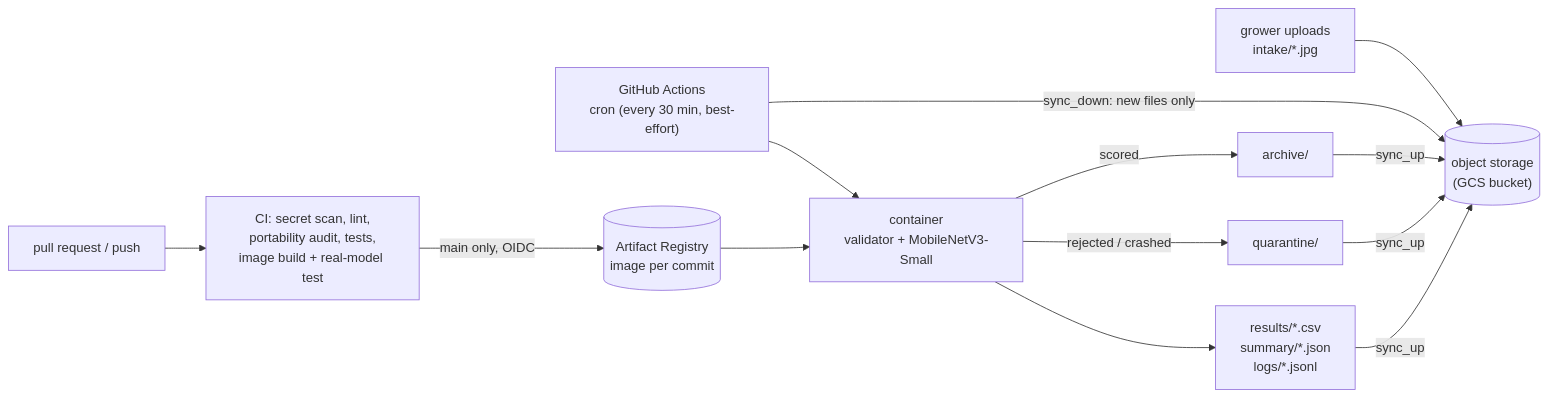
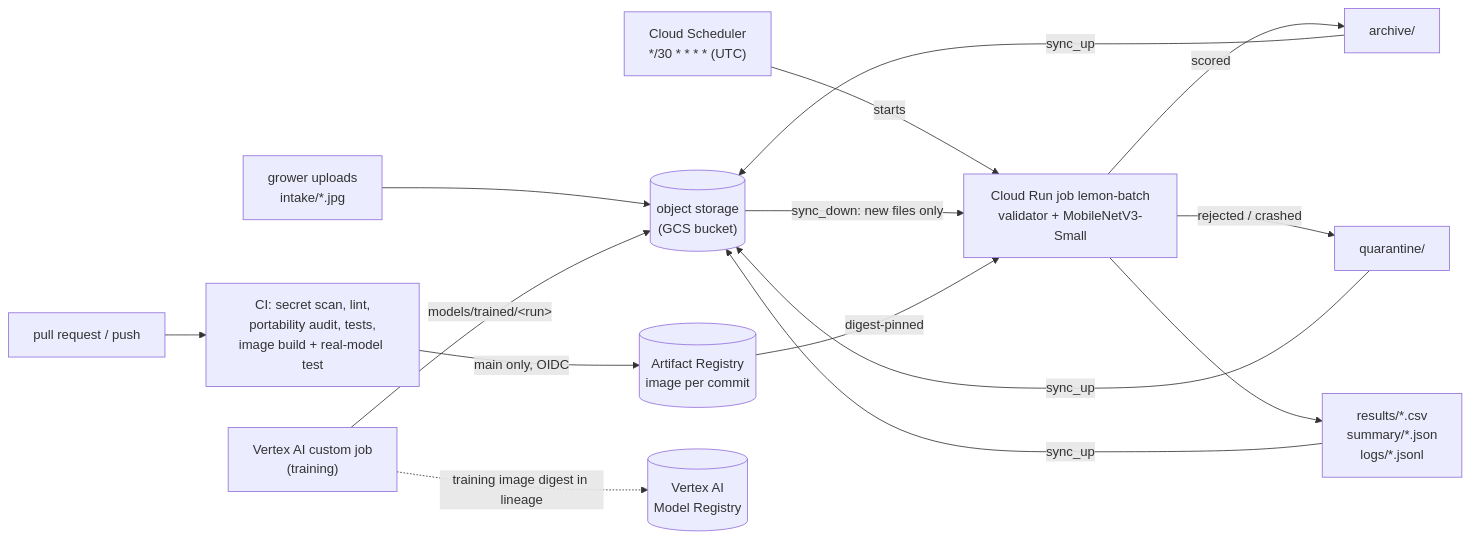
Before and after one commit to meadowind/ML-Project: the diagram in README.md, drawn with Mermaid. The commit also changed other lines of this file, not shown here.

Commit message:
README: Cloud Scheduler + Cloud Run, cadence before/after, Vertex training, live evidence

````diff
--- a/README.md
+++ b/README.md
@@ -20,13 +20,15 @@
 ```mermaid
 flowchart LR
     U["grower uploads<br>intake/*.jpg"] --> B[("object storage<br>(GCS bucket)")]
-    CRON["GitHub Actions<br>cron (every 30 min, best-effort)"] -->|"sync_down: new files only"| B
-    CRON --> C["container<br>validator + MobileNetV3-Small"]
+    SCH["Cloud Scheduler<br>*/30 * * * * (UTC)"] -->|"starts"| C["Cloud Run job lemon-batch<br>validator + MobileNetV3-Small"]
+    B -->|"sync_down: new files only"| C
     C -->|"scored"| A["archive/"]
     C -->|"rejected / crashed"| Q["quarantine/"]
     C --> R["results/*.csv<br>summary/*.json<br>logs/*.jsonl"]
     A & Q & R -->|"sync_up"| B
     PR["pull request / push"] --> CI["CI: secret scan, lint,<br>portability audit, tests,<br>image build + real-model test"]
     CI -->|"main only, OIDC"| AR[("Artifact Registry<br>image per commit")]
-    AR --> C
+    AR -->|"digest-pinned"| C
+    T["Vertex AI custom job<br>(training)"] -->|"models/trained/&lt;run&gt;"| B
+    T -.->|"training image digest in lineage"| MR[("Vertex AI<br>Model Registry")]
 ```
````
